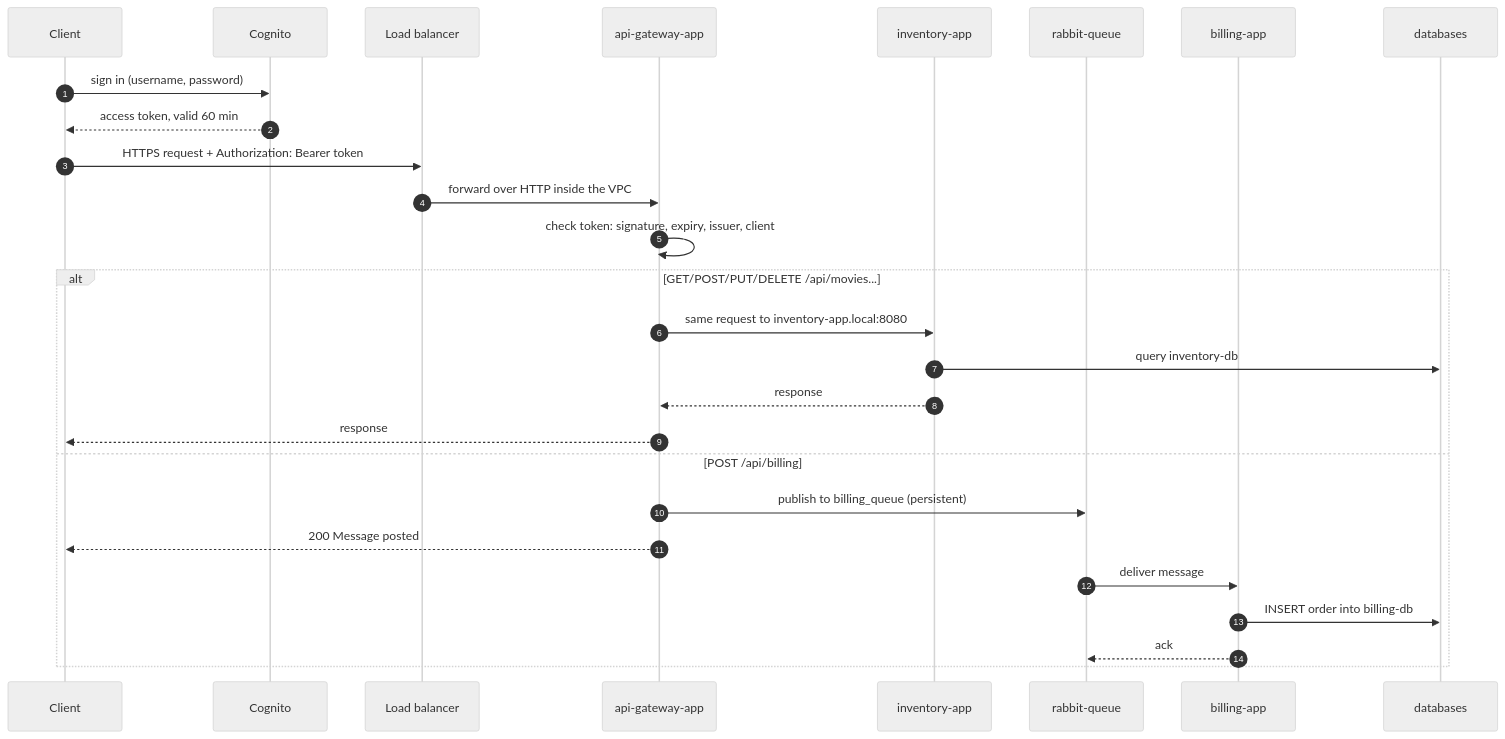
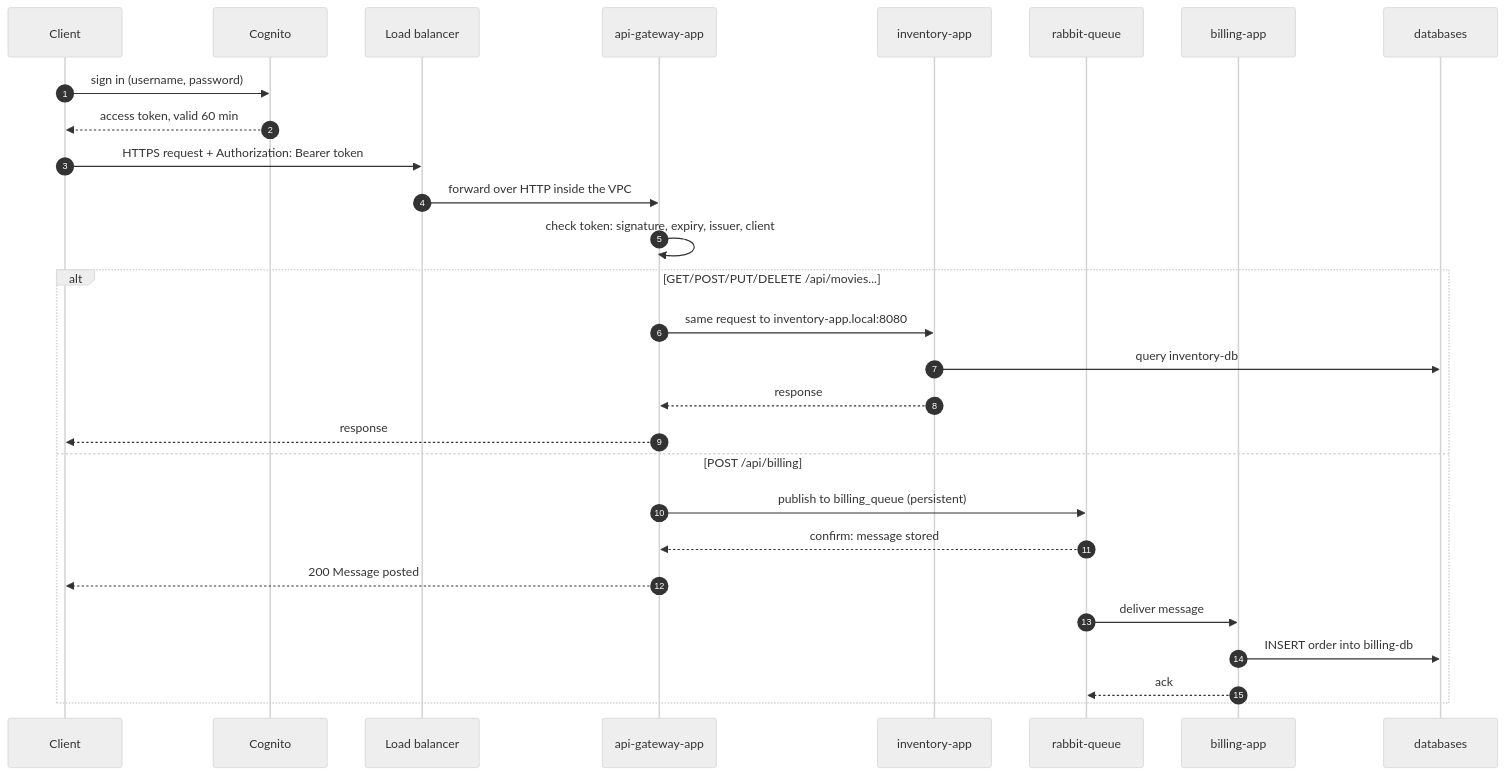
The second of 3 diagrams in README.md (Aymening/cloud-design), drawn with Mermaid (neutral theme) before and after one commit. The commit also changed other lines of this file and 7 other files, not shown here.

````diff
--- a/README.md
+++ b/README.md
@@ -129,30 +130,31 @@
 ```mermaid
 sequenceDiagram
     autonumber
     participant C as Client
     participant Co as Cognito
     participant ALB as Load balancer
     participant GW as api-gateway-app
     participant INV as inventory-app
     participant MQ as rabbit-queue
     participant B as billing-app
     participant DB as databases
 
     C->>Co: sign in (username, password)
     Co-->>C: access token, valid 60 min
     C->>ALB: HTTPS request + Authorization: Bearer token
     ALB->>GW: forward over HTTP inside the VPC
     GW->>GW: check token: signature, expiry, issuer, client
     alt GET/POST/PUT/DELETE /api/movies...
         GW->>INV: same request to inventory-app.local:8080
         INV->>DB: query inventory-db
         INV-->>GW: response
         GW-->>C: response
     else POST /api/billing
         GW->>MQ: publish to billing_queue (persistent)
+        MQ-->>GW: confirm: message stored
         GW-->>C: 200 Message posted
         MQ->>B: deliver message
         B->>DB: INSERT order into billing-db
         B-->>MQ: ack
     end
 ```
````
